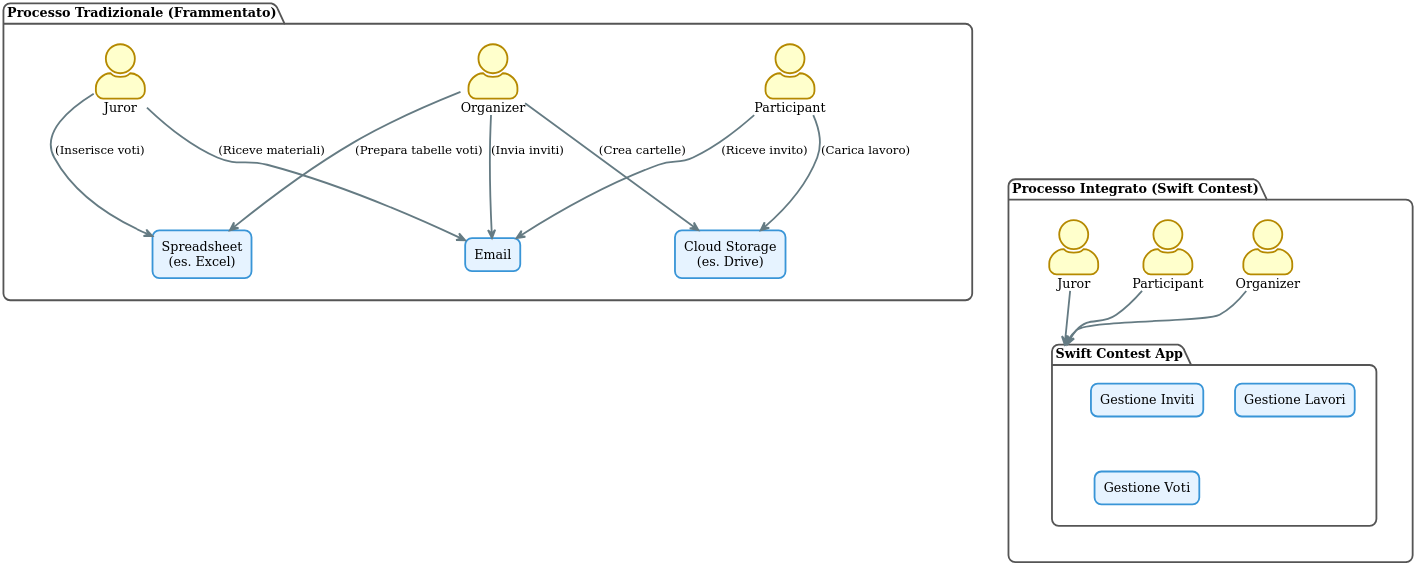
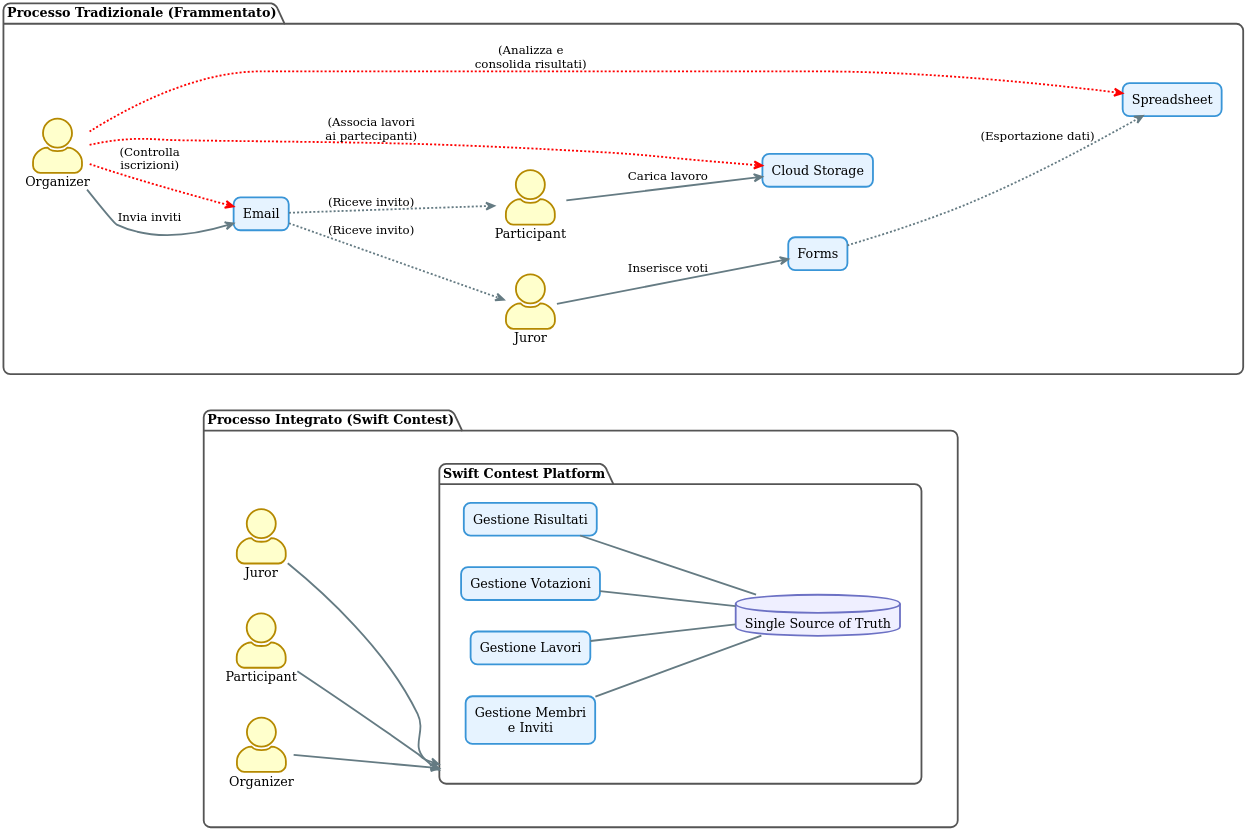
Before and after one commit to TMoretta/Swift-Contest: the diagram in thesis/diagrams/src/traditional-vs-swiftcontest-flow.puml, drawn with PlantUML. The commit also changed 31 other files, not shown here.

Commit message:
Updated diagrams

```diff
--- a/thesis/diagrams/src/traditional-vs-swiftcontest-flow.puml
+++ b/thesis/diagrams/src/traditional-vs-swiftcontest-flow.puml
@@ -1,76 +1,78 @@
 @startuml
 
 !theme sunlust
-top to bottom direction
+left to right direction
 skinparam dpi 300
 skinparam backgroundColor transparent
 skinparam actorStyle awesome
 skinparam shadowing false
 
 skinparam package {
     backgroundColor #FFFFFF
     borderColor #555555
 }
 skinparam rectangle {
   backgroundColor #E6F3FF
   borderColor #3995D7
 }
 
-' --- Palette di Colori ---
-' skinparam package {
-    
-' }
-' skinparam rectangle {
-'     BackgroundColor #E6F3FF
-' }
-' skinparam actor {
-'     BackgroundColor #LightSkyBlue
-' }
-
 ' =======================================
 ' Definizione dei Diagrammi
 ' =======================================
 
 ' --- Processo Tradizionale ---
 package "Processo Tradizionale (Frammentato)" as Traditional {
     actor Organizer as Org_T
     actor Participant as Part_T
     actor Juror as Jur_T
 
     rectangle "Email" as Email
-    rectangle "Cloud Storage\n(es. Drive)" as Storage
-    rectangle "Spreadsheet\n(es. Excel)" as Sheet
+    rectangle "Cloud Storage" as Storage
+    rectangle "Forms" as Forms
+    rectangle "Spreadsheet" as Sheet
 
-    Org_T --> Email : (Invia inviti)
-    Org_T --> Storage : (Crea cartelle)
-    Org_T --> Sheet : (Prepara tabelle voti)
+    ' Flusso di dati frammentato
+    Org_T --> Email : Invia inviti
+    Email ..> Part_T : (Riceve invito)
+    Email ..> Jur_T : (Riceve invito)
 
-    Part_T --> Email : (Riceve invito)
-    Part_T --> Storage : (Carica lavoro)
+    Part_T --> Storage : Carica lavoro
+    Jur_T --> Forms : Inserisce voti
+    Forms ..> Sheet : (Esportazione dati)
 
-    Jur_T --> Email : (Riceve materiali)
-    Jur_T --> Sheet : (Inserisce voti)
+    ' Lavoro manuale dell'organizzatore per collegare tutto
+    Org_T .[#red].> Email : (Controlla\niscrizioni)
+    Org_T .[#red].> Storage : (Associa lavori\nai partecipanti)
+    Org_T .[#red].> Sheet : (Analizza e\nconsolida risultati)
 }
 
 ' --- Processo Swift Contest ---
 package "Processo Integrato (Swift Contest)" as SwiftContest {
+    actor Juror as Jur_S
+    actor Participant as Part_S
     actor Organizer as Org_S
-    actor Participant as Part_S
-    actor Juror as Jur_S
 
-    package "**Swift Contest App**" as App {
-        rectangle "Gestione Inviti" as Invites
+    package "**Swift Contest Platform**" as App {
+        rectangle "Gestione Risultati" as Results
+        rectangle "Gestione Votazioni" as Votes
         rectangle "Gestione Lavori" as Works
-        rectangle "Gestione Voti" as Votes
+        rectangle "Gestione Membri\ne Inviti" as Users
+        database "Single Source of Truth" as SSoT
     }
 
+    ' Tutti gli attori interagiscono con un'unica piattaforma
+    Jur_S --> App
+    Part_S --> App
     Org_S --> App
-    Part_S --> App
-    Jur_S --> App
+
+    ' Tutti i moduli sono integrati e condividono gli stessi dati
+    Users -- SSoT
+    Works -- SSoT
+    Votes -- SSoT
+    Results -- SSoT
 }
 
 ' --- Layout Hint ---
-' Posiziona i due processi uno sotto l'altro
 Traditional -[hidden]- SwiftContest
 
 @enduml
```
